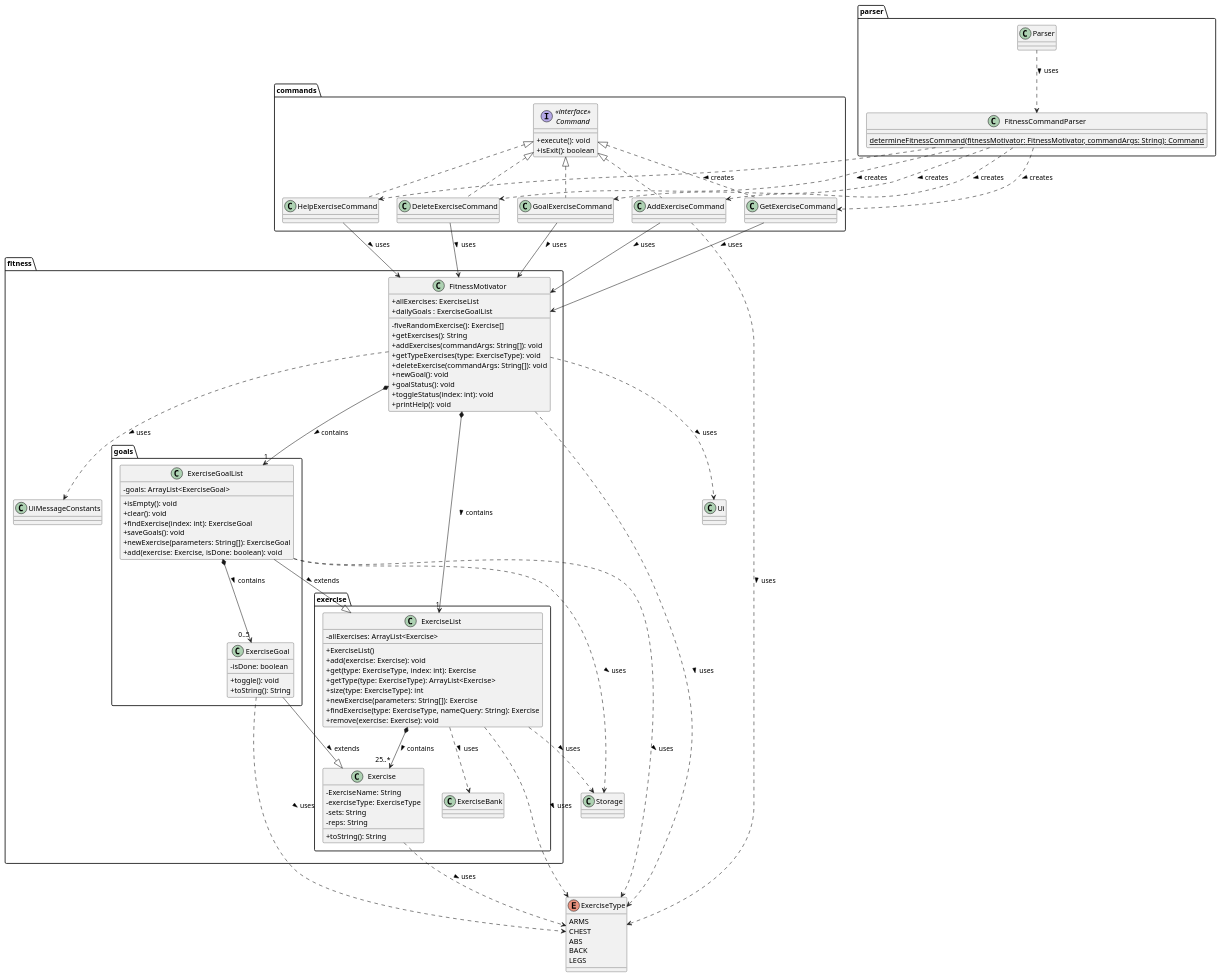
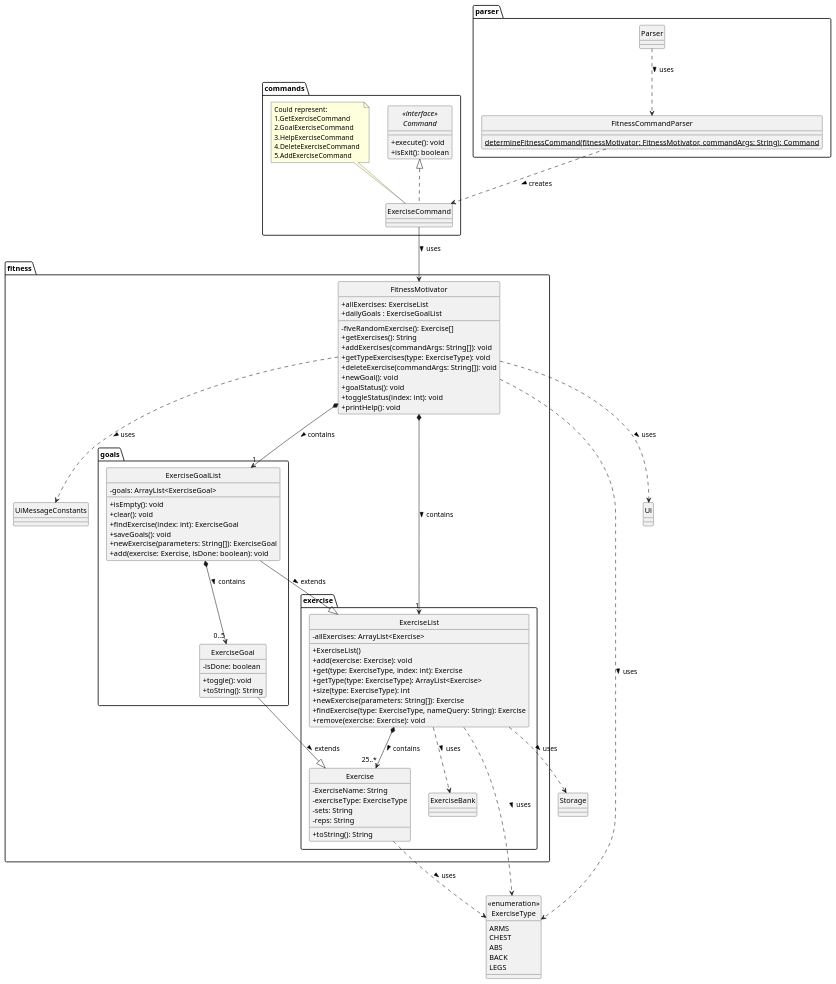
The diagram in docs/diagrams/fitness/FitnessClassDiagram.puml (AY2324S2-CS2113-T11-1/tp), drawn with PlantUML before and after one commit. The commit also changed 1 other file, not shown here.

Commit message:
Edit Fitness Class Diagram

```diff
--- a/docs/diagrams/fitness/FitnessClassDiagram.puml
+++ b/docs/diagrams/fitness/FitnessClassDiagram.puml
@@ -1,150 +1,128 @@
 @startuml
 
 skinparam classAttributeIconSize 0
+hide circle
 
 package parser {
     class FitnessCommandParser {
         {Static} determineFitnessCommand(fitnessMotivator: FitnessMotivator, commandArgs: String): Command
     }
 
     class Parser {
     }
 }
 
 package commands {
     interface "<<interface>>\nCommand" as Command {
         + execute(): void
         + isExit(): boolean
     }
 
-    class GetExerciseCommand implements Command {
+    class ExerciseCommand implements Command {
     }
-
-    class DeleteExerciseCommand implements Command {
-    }
-
-    class GoalExerciseCommand implements Command {
-    }
-
-    class HelpExerciseCommand implements Command {
-    }
-
-    class AddExerciseCommand implements Command {
-    }
+    note top of ExerciseCommand: Could represent: \n1.GetExerciseCommand \n2.GoalExerciseCommand \n3.HelpExerciseCommand \n4.DeleteExerciseCommand \n5.AddExerciseCommand
 }
 
 package fitness {
     package exercise {
 
         class ExerciseList {
             - allExercises: ArrayList<Exercise>
             + ExerciseList()
             + add(exercise: Exercise): void
             + get(type: ExerciseType, index: int): Exercise
             + getType(type: ExerciseType): ArrayList<Exercise>
             + size(type: ExerciseType): int
             + newExercise(parameters: String[]): Exercise
             + findExercise(type: ExerciseType, nameQuery: String): Exercise
             + remove(exercise: Exercise): void
         }
 
         class Exercise {
             - ExerciseName: String
             - exerciseType: ExerciseType
             - sets: String
             - reps: String
             + toString(): String
         }
 
         class ExerciseBank {
         }
 
     }
 
     package goals {
         class ExerciseGoal {
             - isDone: boolean
             + toggle(): void
             + toString(): String
         }
 
         class ExerciseGoalList {
             - goals: ArrayList<ExerciseGoal>
             + isEmpty(): void
             + clear(): void
             + findExercise(index: int): ExerciseGoal
             + saveGoals(): void
             + newExercise(parameters: String[]): ExerciseGoal
             + add(exercise: Exercise, isDone: boolean): void
         }
     }
 
     class FitnessMotivator {
         + allExercises: ExerciseList
         + dailyGoals : ExerciseGoalList
         - fiveRandomExercise(): Exercise[]
         + getExercises(): String
         + addExercises(commandArgs: String[]): void
         + getTypeExercises(type: ExerciseType): void
         + deleteExercise(commandArgs: String[]): void
         + newGoal(): void
         + goalStatus(): void
         + toggleStatus(index: int): void
         + printHelp(): void
     }
 
     class UiMessageConstants {
     }
 }
 
-enum ExerciseType {
+enum "<<enumeration>>\nExerciseType" as ExerciseType {
             ARMS
             CHEST
             ABS
             BACK
             LEGS
         }
 
 class Storage {
 }
 
 class Ui {
 }
 
 Parser ..> FitnessCommandParser : uses >
-FitnessCommandParser ..> GetExerciseCommand : creates >
-FitnessCommandParser ..> DeleteExerciseCommand : creates >
-FitnessCommandParser ..> GoalExerciseCommand : creates >
-FitnessCommandParser ..> HelpExerciseCommand : creates >
-FitnessCommandParser ..> AddExerciseCommand : creates >
+FitnessCommandParser ..> ExerciseCommand : creates >
 
-AddExerciseCommand --> FitnessMotivator : uses >
-AddExerciseCommand ..> ExerciseType : uses >
-GetExerciseCommand --> FitnessMotivator : uses >
-DeleteExerciseCommand --> FitnessMotivator : uses >
-GoalExerciseCommand --> FitnessMotivator : uses >
-HelpExerciseCommand --> FitnessMotivator : uses >
+ExerciseCommand --> FitnessMotivator : uses >
 
 FitnessMotivator *--> "1" ExerciseList : contains >
 FitnessMotivator *--> "1" ExerciseGoalList : contains >
 
 ExerciseGoal --|> Exercise : extends >
 ExerciseGoalList --|> ExerciseList : extends >
 FitnessMotivator ..> UiMessageConstants : uses >
 ExerciseList ..> ExerciseBank : uses >
 
 ExerciseList *--> "25..*" Exercise : contains >
 ExerciseGoalList *--> "0..5" ExerciseGoal : contains >
 
 ExerciseList ..> ExerciseType : uses >
-ExerciseGoalList ..> ExerciseType : uses >
-ExerciseGoal ..> ExerciseType : uses >
 FitnessMotivator ..> ExerciseType : uses >
 Exercise ..> ExerciseType : uses >
 
 ExerciseList ..> Storage : uses >
-ExerciseGoalList ..> Storage : uses >
 
 FitnessMotivator ..> Ui : uses >
 
 @enduml
```
